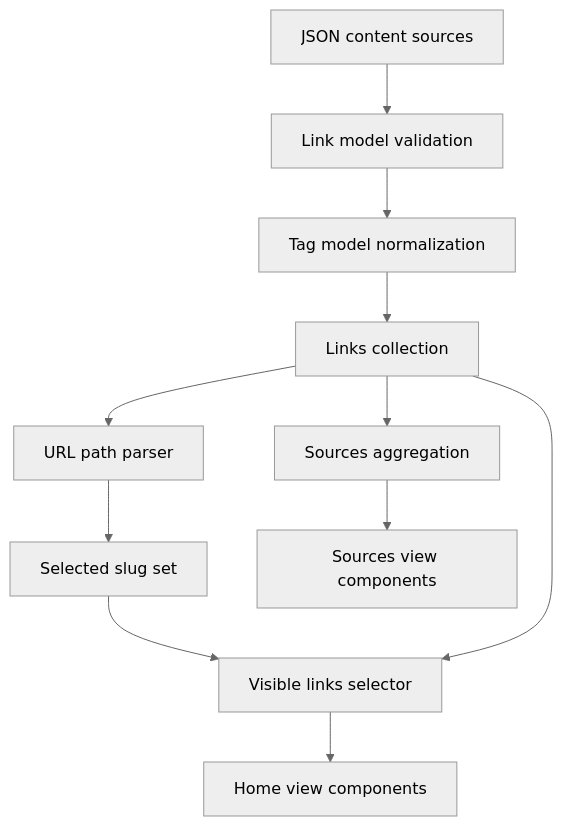
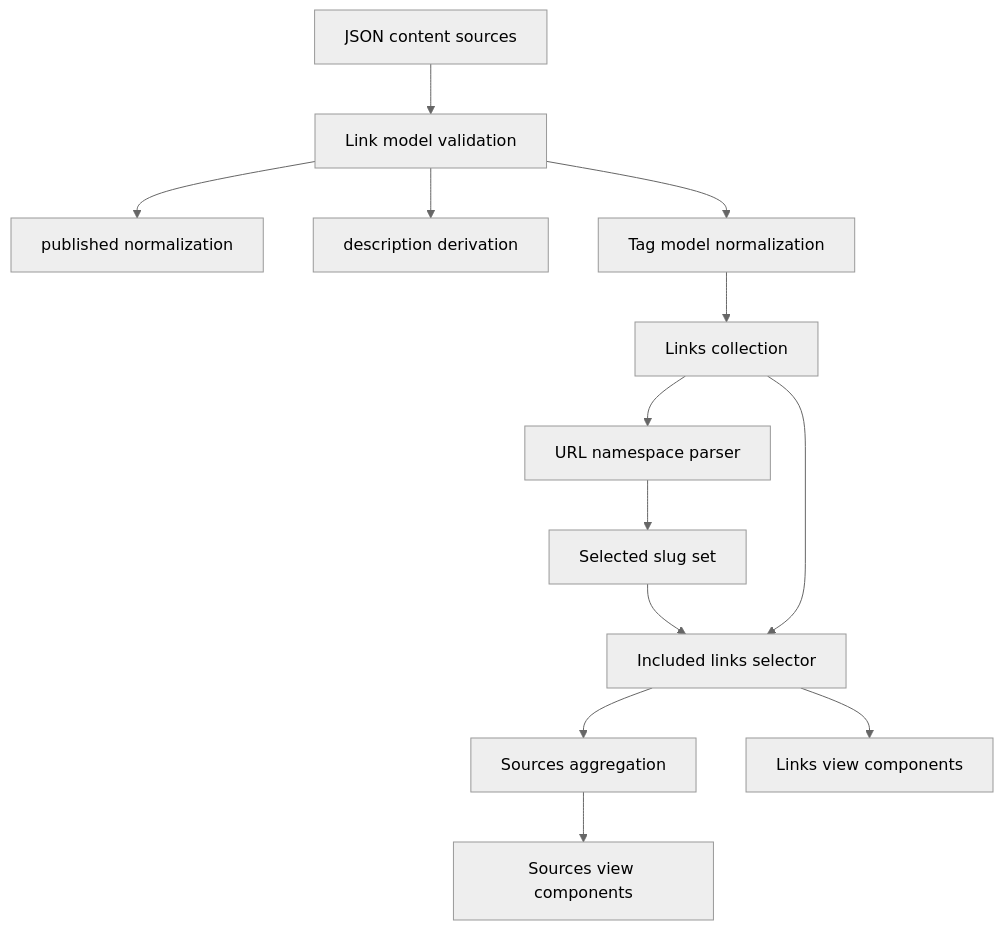
One commit to johnpfeiffer/links-app changed the first of 2 diagrams in SPEC/implementation-plan.md. Above: the diagram before and after it, drawn with Mermaid (neutral theme). The commit also changed other lines of this file and 9 other files, not shown here.

````diff
--- a/SPEC/implementation-plan.md
+++ b/SPEC/implementation-plan.md
@@ -41,13 +41,15 @@
 ```mermaid
 flowchart TD
   A["JSON content sources"] --> B["Link model validation"]
-  B --> C["Tag model normalization"]
-  C --> D["Links collection"]
-  D --> E["URL path parser"]
-  E --> F["Selected slug set"]
-  F --> G["Visible links selector"]
-  D --> G
-  D --> H["Sources aggregation"]
-  G --> I["Home view components"]
-  H --> J["Sources view components"]
+  B --> C["published normalization"]
+  B --> D["description derivation"]
+  B --> E["Tag model normalization"]
+  E --> F["Links collection"]
+  F --> G["URL namespace parser"]
+  G --> H["Selected slug set"]
+  H --> I["Included links selector"]
+  F --> I
+  I --> J["Sources aggregation"]
+  I --> K["Links view components"]
+  J --> L["Sources view components"]
 ```
````
